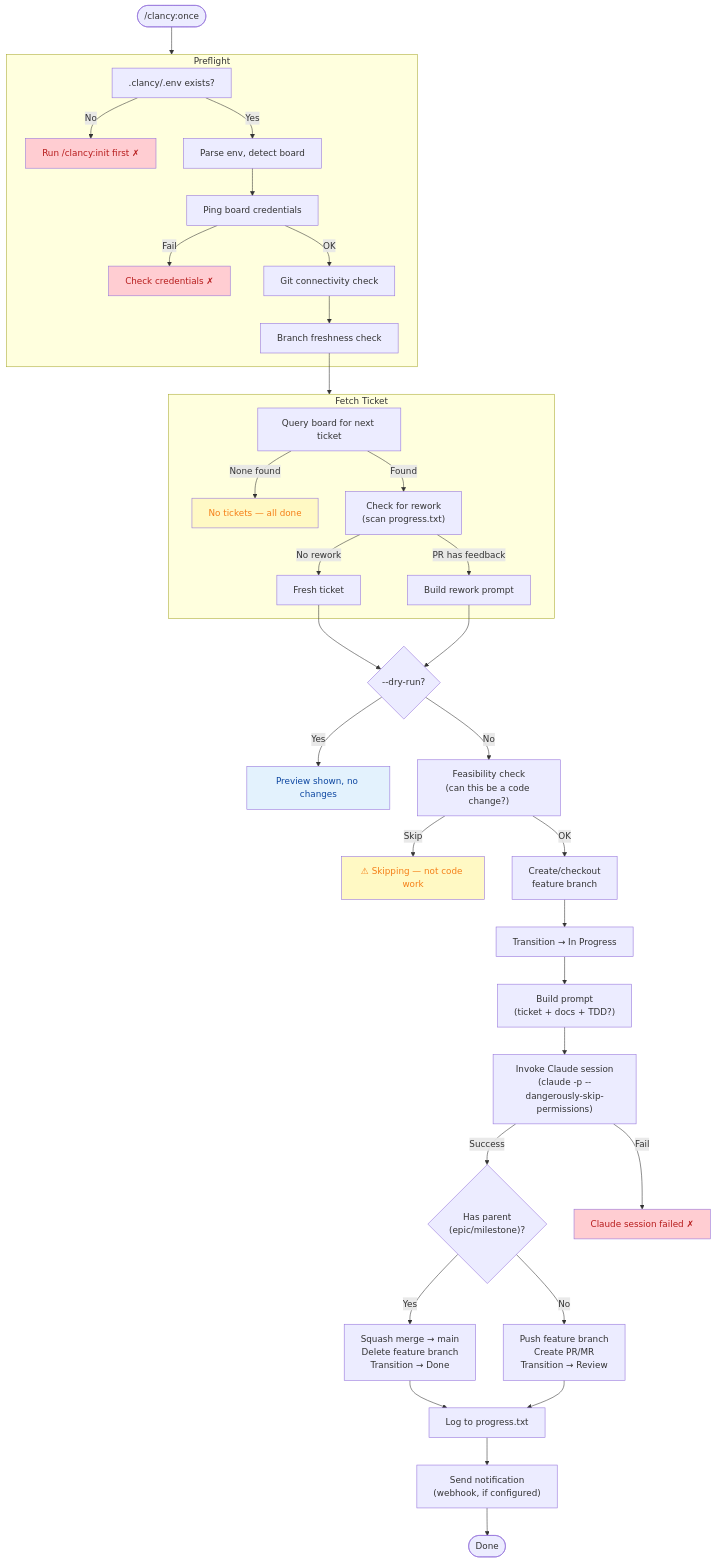
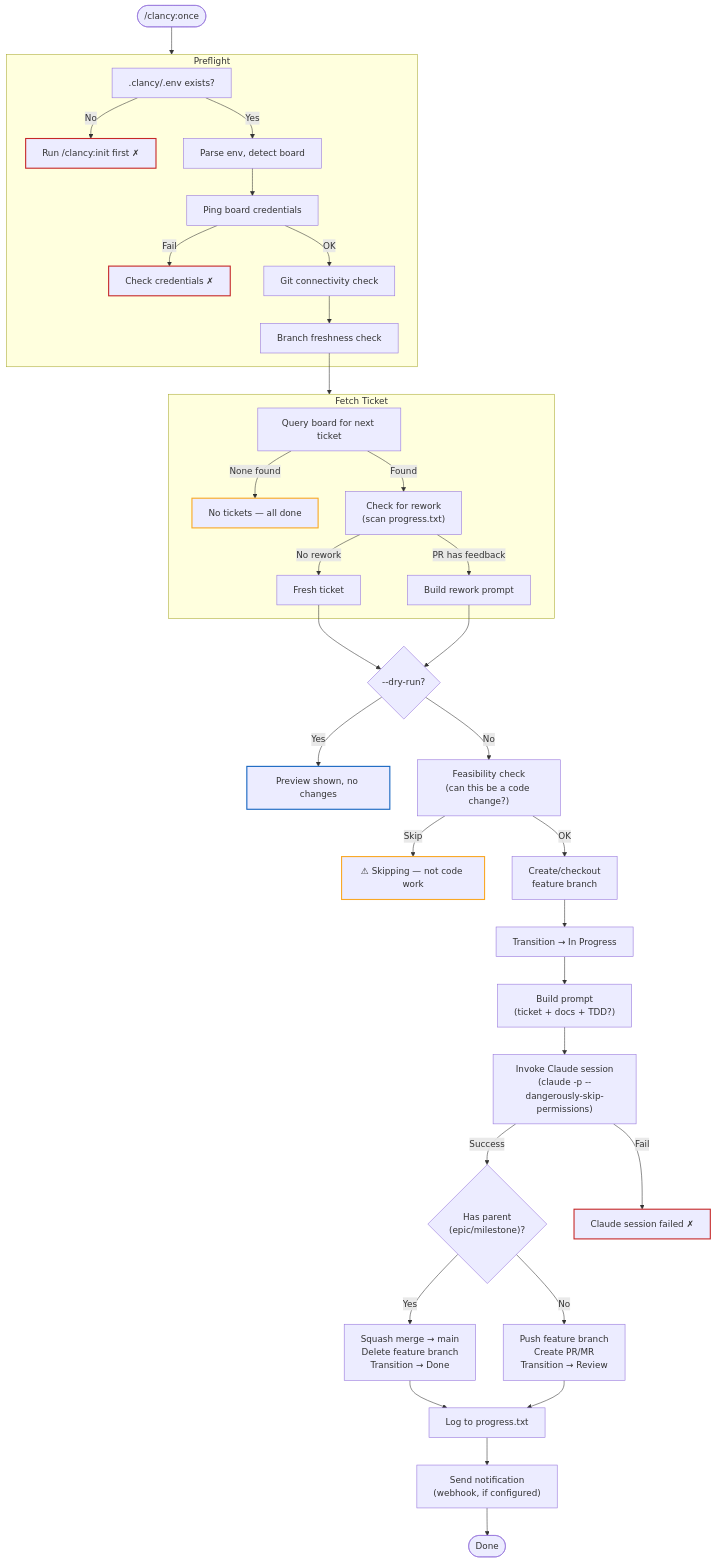
Before and after one commit to Pushedskydiver/clancy: the third of 8 diagrams in docs/VISUAL-ARCHITECTURE.md, drawn with Mermaid. The commit also changed other lines of this file, not shown here.

First line of the commit message:
💄 style: switch diagrams to stroke-only styling

````diff
--- a/docs/VISUAL-ARCHITECTURE.md
+++ b/docs/VISUAL-ARCHITECTURE.md
@@ -135,55 +135,55 @@
 ```mermaid
 flowchart TD
     Start(["/clancy:once"]) --> Preflight
 
     subgraph Preflight
         P1[".clancy/.env exists?"] -->|No| Stop1["Run /clancy:init first ✗"]
         P1 -->|Yes| P2["Parse env, detect board"]
         P2 --> P3["Ping board credentials"]
         P3 -->|Fail| Stop2["Check credentials ✗"]
         P3 -->|OK| P4["Git connectivity check"]
         P4 --> P5["Branch freshness check"]
     end
 
     P5 --> FetchTicket
 
     subgraph FetchTicket["Fetch Ticket"]
         F1["Query board for next ticket"] -->|None found| Stop3["No tickets — all done"]
         F1 -->|Found| F2["Check for rework\n(scan progress.txt)"]
         F2 -->|PR has feedback| Rework["Build rework prompt"]
         F2 -->|No rework| F3["Fresh ticket"]
     end
 
     F3 --> DryRun
     Rework --> DryRun
 
     DryRun{"--dry-run?"} -->|Yes| Stop4["Preview shown, no changes"]
     DryRun -->|No| Feasibility
 
     Feasibility["Feasibility check\n(can this be a code change?)"] -->|Skip| Stop5["⚠ Skipping — not code work"]
     Feasibility -->|OK| Branch
 
     Branch["Create/checkout\nfeature branch"] --> Transition["Transition → In Progress"]
     Transition --> BuildPrompt
 
     BuildPrompt["Build prompt\n(ticket + docs + TDD?)"] --> InvokeClaude["Invoke Claude session\n(claude -p --dangerously-skip-permissions)"]
 
     InvokeClaude -->|Success| HasParent{"Has parent\n(epic/milestone)?"}
     InvokeClaude -->|Fail| Stop6["Claude session failed ✗"]
 
     HasParent -->|Yes| EpicMerge["Squash merge → main\nDelete feature branch\nTransition → Done"]
     HasParent -->|No| PRCreate["Push feature branch\nCreate PR/MR\nTransition → Review"]
 
     EpicMerge --> Log["Log to progress.txt"]
     PRCreate --> Log
 
     Log --> Notify["Send notification\n(webhook, if configured)"]
     Notify --> End(["Done"])
 
-    style Stop1 fill:#ffcdd2,color:#b71c1c
-    style Stop2 fill:#ffcdd2,color:#b71c1c
-    style Stop3 fill:#fff9c4,color:#f57f17
-    style Stop4 fill:#e3f2fd,color:#0d47a1
-    style Stop5 fill:#fff9c4,color:#f57f17
-    style Stop6 fill:#ffcdd2,color:#b71c1c
+    style Stop1 stroke:#c62828,stroke-width:2px
+    style Stop2 stroke:#c62828,stroke-width:2px
+    style Stop3 stroke:#f9a825,stroke-width:2px
+    style Stop4 stroke:#1565c0,stroke-width:2px
+    style Stop5 stroke:#f9a825,stroke-width:2px
+    style Stop6 stroke:#c62828,stroke-width:2px
 ```
````
